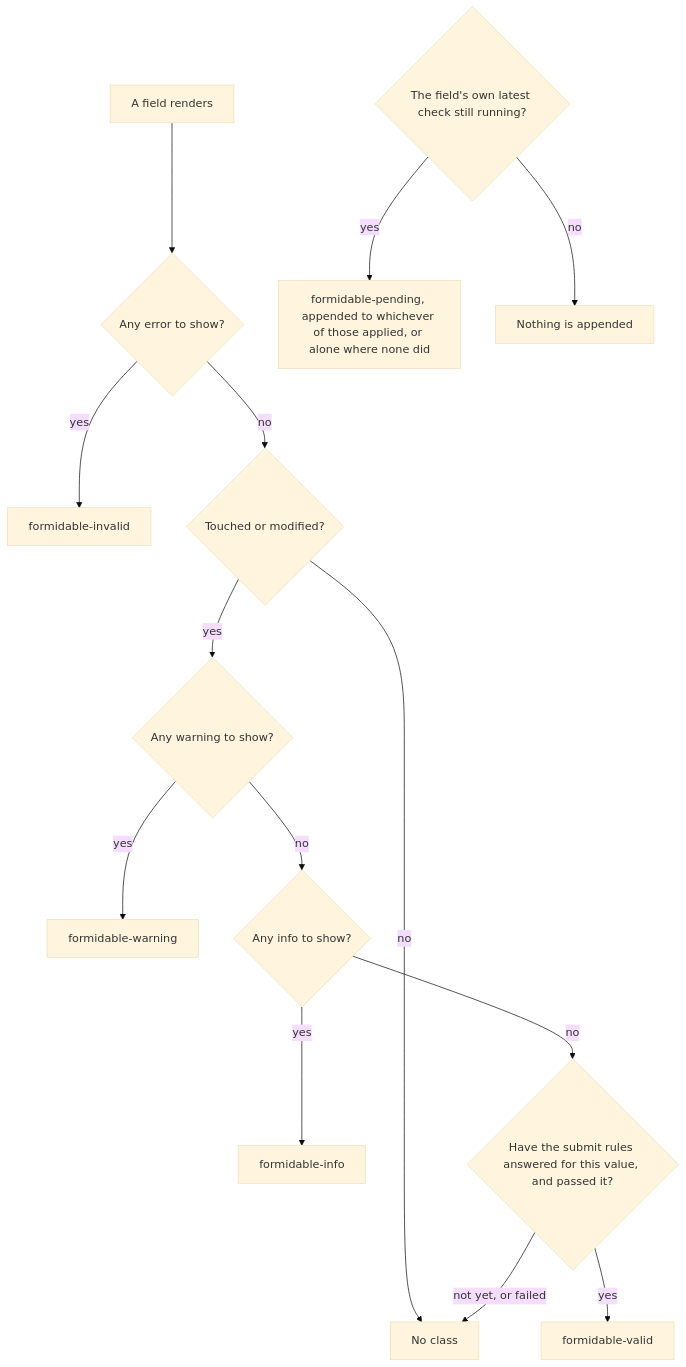
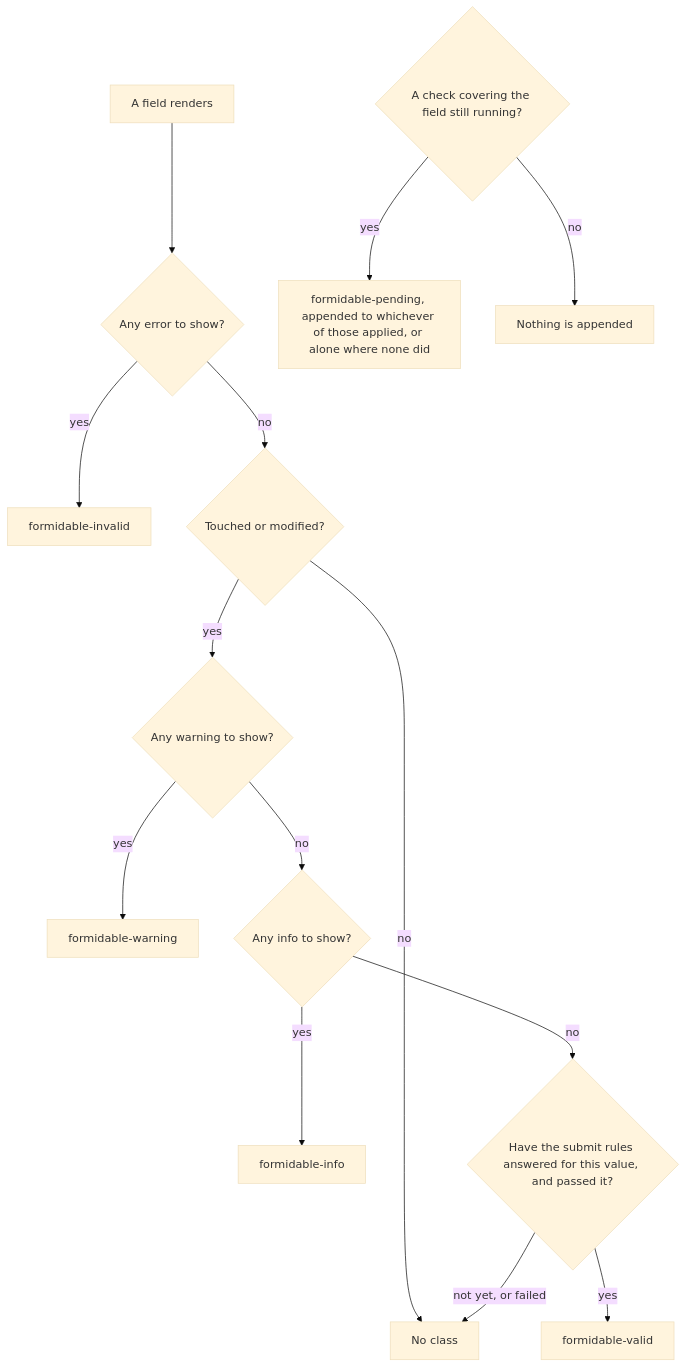
Before and after one commit to xfunc-pty-ltd/formidable: the diagram in docs/css-and-accessibility.md, drawn with Mermaid (base theme). The commit also changed other lines of this file and 12 other files, not shown here.

````diff
--- a/docs/css-and-accessibility.md
+++ b/docs/css-and-accessibility.md
@@ -54,16 +54,16 @@
 ```mermaid
 flowchart TD
     A["A field renders"] --> E{"Any error to show?"}
     E -- "yes" --> INV["formidable-invalid"]
     E -- "no" --> T{"Touched or modified?"}
     T -- "no" --> NONE["No class"]
     T -- "yes" --> W{"Any warning to show?"}
     W -- "yes" --> WARN["formidable-warning"]
     W -- "no" --> I{"Any info to show?"}
     I -- "yes" --> INFO["formidable-info"]
     I -- "no" --> S{"Have the submit rules answered for this value, and passed it?"}
     S -- "yes" --> OK["formidable-valid"]
     S -- "not yet, or failed" --> NONE
-    P{"The field's own latest check still running?"} -- "yes" --> PEND["formidable-pending, appended to whichever of those applied, or alone where none did"]
+    P{"A check covering the field still running?"} -- "yes" --> PEND["formidable-pending, appended to whichever of those applied, or alone where none did"]
     P -- "no" --> SAME["Nothing is appended"]
 ```
````
